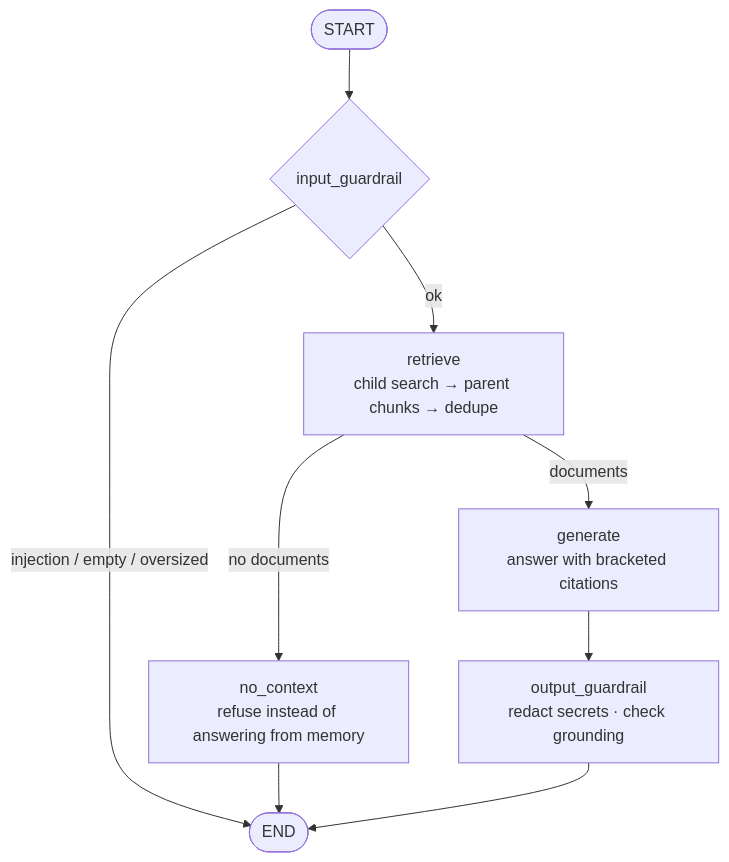
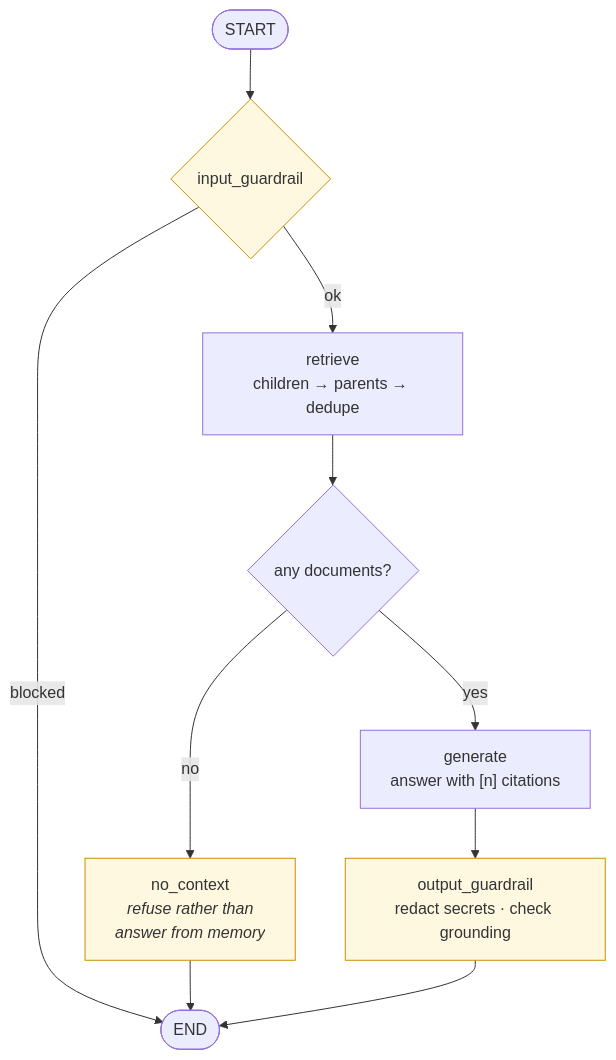
The third of 4 diagrams in README.md (AkshayJaitly/langchain-rag-assistant), drawn with Mermaid before and after one commit. The commit also changed other lines of this file, not shown here.

First line of the commit message:
Clean up the Mermaid diagrams

````diff
--- a/README.md
+++ b/README.md
@@ -107,11 +116,15 @@
 ```mermaid
-flowchart TD
-    START([START]) --> IG{input_guardrail}
-    IG -- "injection / empty / oversized" --> ENDX([END])
-    IG -- ok --> R[retrieve<br/>child search → parent chunks → dedupe]
-    R -- "no documents" --> NC[no_context<br/>refuse instead of answering from memory]
-    NC --> ENDX
-    R -- documents --> G[generate<br/>answer with bracketed citations]
-    G --> OG[output_guardrail<br/>redact secrets · check grounding]
-    OG --> ENDX
+flowchart TB
+    S([START]) --> IG{"input_guardrail"}
+    IG -- "blocked" --> E([END])
+    IG -- "ok" --> R["retrieve<br/>children → parents → dedupe"]
+    R --> ANY{"any documents?"}
+    ANY -- "no" --> NC["no_context<br/><i>refuse rather than<br/>answer from memory</i>"]
+    ANY -- "yes" --> G["generate<br/>answer with [n] citations"]
+    G --> OG["output_guardrail<br/>redact secrets · check grounding"]
+    NC --> E
+    OG --> E
+
+    classDef guard fill:#fff8e1,stroke:#c79100
+    class IG,OG,NC guard
 ```
````
